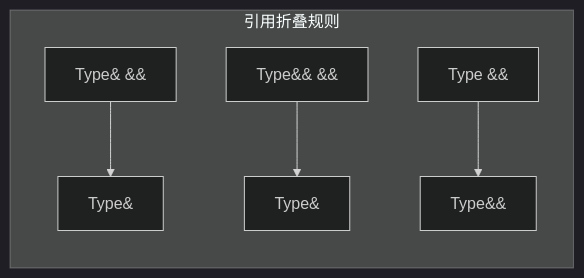
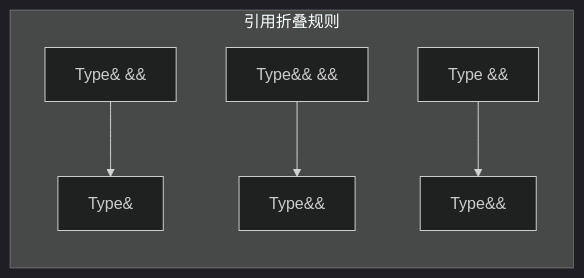
One commit to mlbo/cpp_learning changed the second of 5 diagrams in week_04/day_25/README.md. Above: the diagram before and after it, drawn with Mermaid (dark theme). The commit also changed other lines of this file and 675 other files, not shown here.

````diff
--- a/week_04/day_25/README.md
+++ b/week_04/day_25/README.md
@@ -127,8 +144,8 @@
 ```mermaid
 graph LR
     subgraph "引用折叠规则"
     A["Type& &&"] --> B["Type&"]
-    C["Type&& &&"] --> D["Type&"]
+    C["Type&& &&"] --> D["Type&&"]
     E["Type &&"] --> F["Type&&"]
     end
 ```
````
